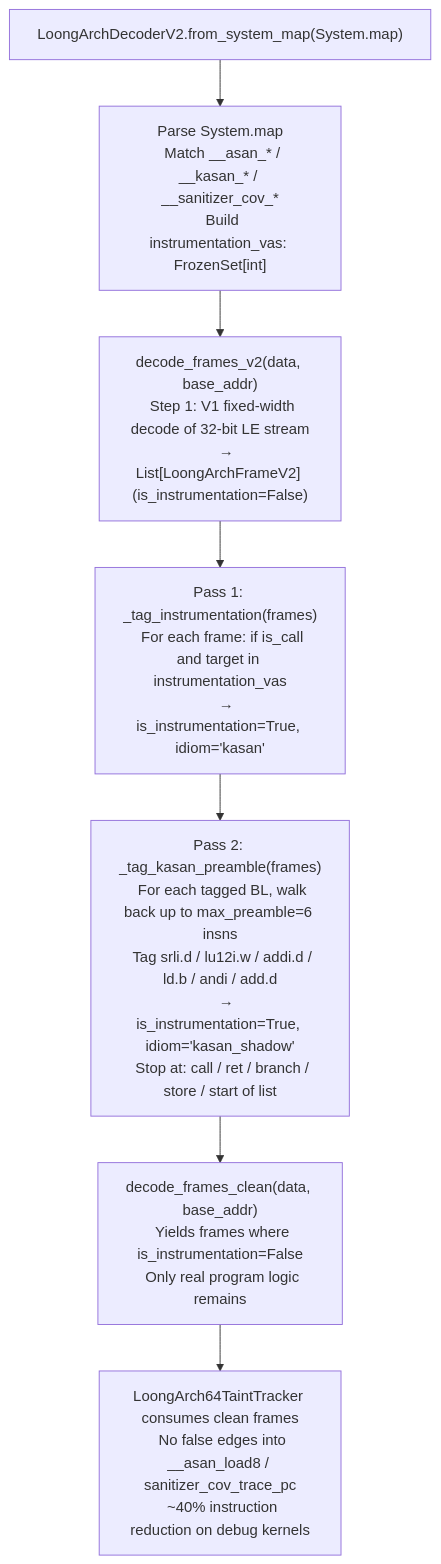
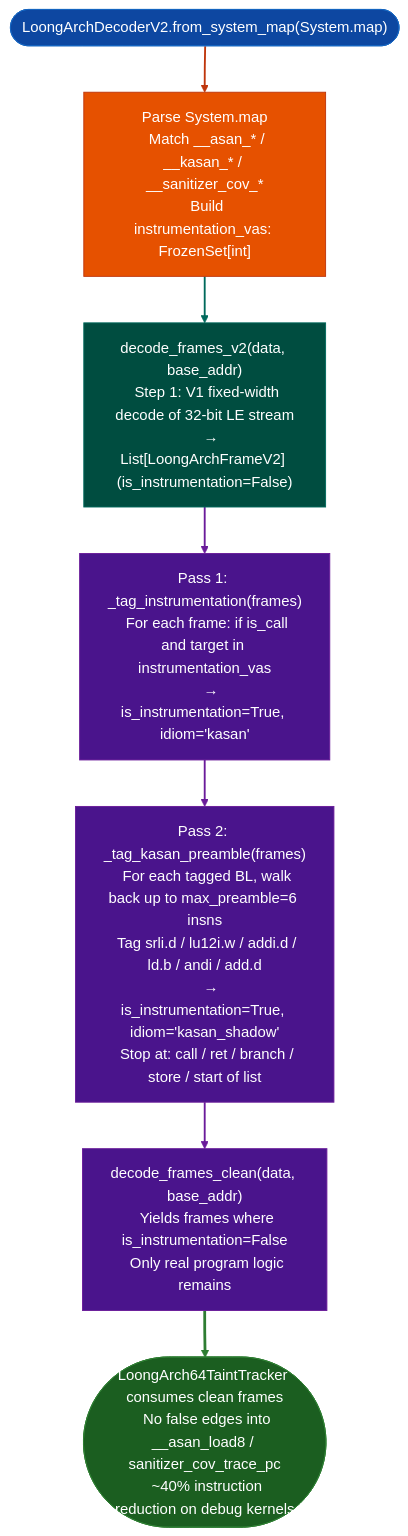
One commit to Ablation-Tool/ablation changed the diagram in docs/reference-modules/loongarch64-v2.md. Above: the diagram before and after it, drawn with Mermaid. The commit also changed 320 other files, not shown here.

First line of the commit message:
docs: apply canonical Mermaid template to all 321 diagrams

````diff
--- a/docs/reference-modules/loongarch64-v2.md
+++ b/docs/reference-modules/loongarch64-v2.md
@@ -20,14 +20,26 @@
 ```mermaid
 flowchart TD
-    A["LoongArchDecoderV2.from_system_map(System.map)"] --> B["Parse System.map\n  Match __asan_* / __kasan_* / __sanitizer_cov_*\n  Build instrumentation_vas: FrozenSet[int]"]
+    A(["LoongArchDecoderV2.from_system_map(System.map)"]):::input --> B["Parse System.map\n  Match __asan_* / __kasan_* / __sanitizer_cov_*\n  Build instrumentation_vas: FrozenSet[int]"]:::primary
 
-    B --> C["decode_frames_v2(data, base_addr)\n  Step 1: V1 fixed-width decode of 32-bit LE stream\n    → List[LoongArchFrameV2] (is_instrumentation=False)"]
+    B:::primary --> C["decode_frames_v2(data, base_addr)\n  Step 1: V1 fixed-width decode of 32-bit LE stream\n    → List[LoongArchFrameV2] (is_instrumentation=False)"]:::secondary
 
-    C --> D["Pass 1: _tag_instrumentation(frames)\n  For each frame: if is_call and target in instrumentation_vas\n    → is_instrumentation=True, idiom='kasan'"]
+    C:::secondary --> D["Pass 1: _tag_instrumentation(frames)\n  For each frame: if is_call and target in instrumentation_vas\n    → is_instrumentation=True, idiom='kasan'"]:::tertiary
 
-    D --> E["Pass 2: _tag_kasan_preamble(frames)\n  For each tagged BL, walk back up to max_preamble=6 insns\n  Tag srli.d / lu12i.w / addi.d / ld.b / andi / add.d\n    → is_instrumentation=True, idiom='kasan_shadow'\n  Stop at: call / ret / branch / store / start of list"]
+    D:::tertiary --> E["Pass 2: _tag_kasan_preamble(frames)\n  For each tagged BL, walk back up to max_preamble=6 insns\n  Tag srli.d / lu12i.w / addi.d / ld.b / andi / add.d\n    → is_instrumentation=True, idiom='kasan_shadow'\n  Stop at: call / ret / branch / store / start of list"]:::tertiary
 
-    E --> F["decode_frames_clean(data, base_addr)\n  Yields frames where is_instrumentation=False\n  Only real program logic remains"]
+    E:::tertiary --> F["decode_frames_clean(data, base_addr)\n  Yields frames where is_instrumentation=False\n  Only real program logic remains"]:::tertiary
 
-    F --> G["LoongArch64TaintTracker consumes clean frames\n  No false edges into __asan_load8 / sanitizer_cov_trace_pc\n  ~40% instruction reduction on debug kernels"]
+    F:::tertiary --> G(["LoongArch64TaintTracker consumes clean frames\n  No false edges into __asan_load8 / sanitizer_cov_trace_pc\n  ~40% instruction reduction on debug kernels"]):::output
+    classDef input     fill:#0d47a1,stroke:#1565c0,color:#fff
+    classDef primary   fill:#e65100,stroke:#bf360c,color:#fff
+    classDef secondary fill:#004d40,stroke:#00695c,color:#fff
+    classDef tertiary  fill:#4a148c,stroke:#6a1b9a,color:#fff
+    classDef neutral   fill:#37474f,stroke:#546e7a,color:#fff
+    classDef output    fill:#1b5e20,stroke:#2e7d32,color:#fff
+    linkStyle 0 stroke:#bf360c,stroke-width:2px
+    linkStyle 1 stroke:#00695c,stroke-width:2px
+    linkStyle 2 stroke:#6a1b9a,stroke-width:2px
+    linkStyle 3 stroke:#6a1b9a,stroke-width:2px
+    linkStyle 4 stroke:#6a1b9a,stroke-width:2px
+    linkStyle 5 stroke:#2e7d32,stroke-width:3px
 ```
````
